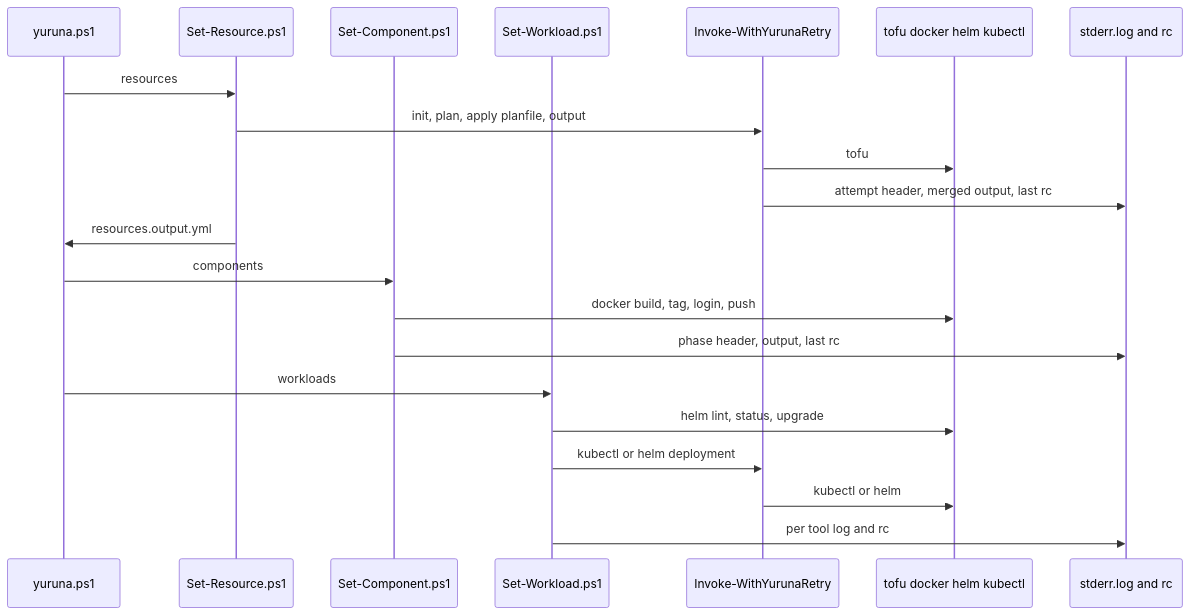
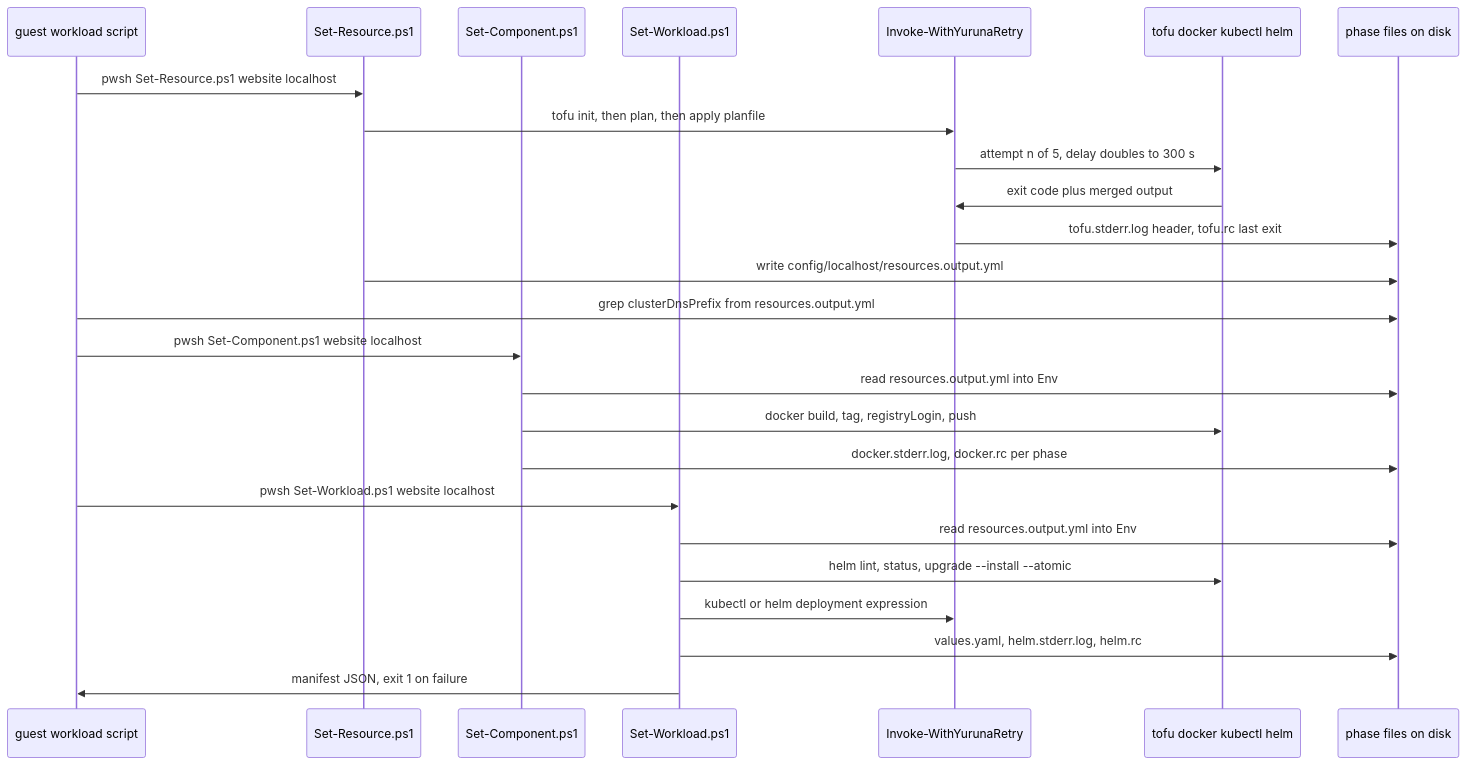
Before and after one commit to alissonsol/yuruna: the first of 7 diagrams in docs/design/03-data-flows.md, drawn with Mermaid. The commit also changed other lines of this file and 752 other files, not shown here.

````diff
--- a/docs/design/03-data-flows.md
+++ b/docs/design/03-data-flows.md
@@ -26,23 +33,27 @@
 ```mermaid
 sequenceDiagram
-    participant cli as yuruna.ps1
-    participant resource as Set-Resource.ps1
-    participant component as Set-Component.ps1
-    participant workload as Set-Workload.ps1
+    participant caller as guest workload script
+    participant set-resource as Set-Resource.ps1
+    participant set-component as Set-Component.ps1
+    participant set-workload as Set-Workload.ps1
     participant retry as Invoke-WithYurunaRetry
-    participant tool as tofu docker helm kubectl
-    participant sidecar as stderr.log and rc
-    cli->>resource: resources
-    resource->>retry: init, plan, apply planfile, output
-    retry->>tool: tofu
-    retry->>sidecar: attempt header, merged output, last rc
-    resource->>cli: resources.output.yml
-    cli->>component: components
-    component->>tool: docker build, tag, login, push
-    component->>sidecar: phase header, output, last rc
-    cli->>workload: workloads
-    workload->>tool: helm lint, status, upgrade
-    workload->>retry: kubectl or helm deployment
-    retry->>tool: kubectl or helm
-    workload->>sidecar: per tool log and rc
+    participant tool as tofu docker kubectl helm
+    participant files as phase files on disk
+    caller->>set-resource: pwsh Set-Resource.ps1 website localhost
+    set-resource->>retry: tofu init, then plan, then apply planfile
+    retry->>tool: attempt n of 5, delay doubles to 300 s
+    tool->>retry: exit code plus merged output
+    retry->>files: tofu.stderr.log header, tofu.rc last exit
+    set-resource->>files: write config/localhost/resources.output.yml
+    caller->>files: grep clusterDnsPrefix from resources.output.yml
+    caller->>set-component: pwsh Set-Component.ps1 website localhost
+    set-component->>files: read resources.output.yml into Env
+    set-component->>tool: docker build, tag, registryLogin, push
+    set-component->>files: docker.stderr.log, docker.rc per phase
+    caller->>set-workload: pwsh Set-Workload.ps1 website localhost
+    set-workload->>files: read resources.output.yml into Env
+    set-workload->>tool: helm lint, status, upgrade --install --atomic
+    set-workload->>retry: kubectl or helm deployment expression
+    set-workload->>files: values.yaml, helm.stderr.log, helm.rc
+    set-workload->>caller: manifest JSON, exit 1 on failure
 ```
````
